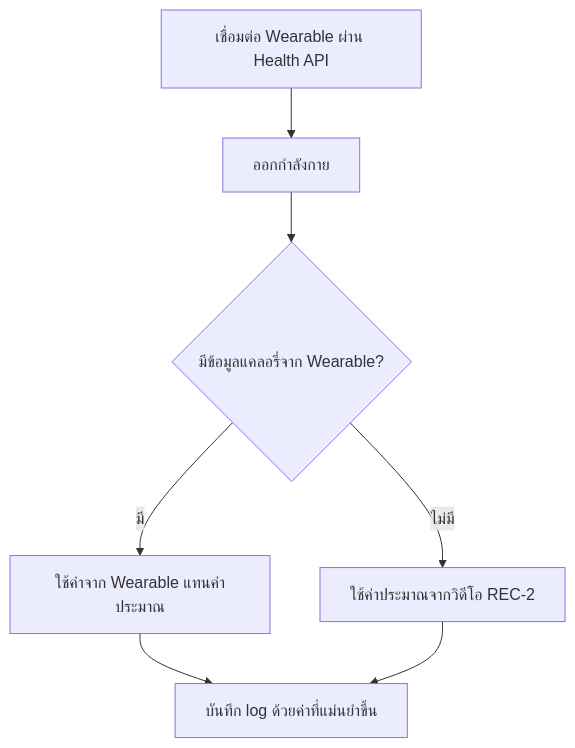
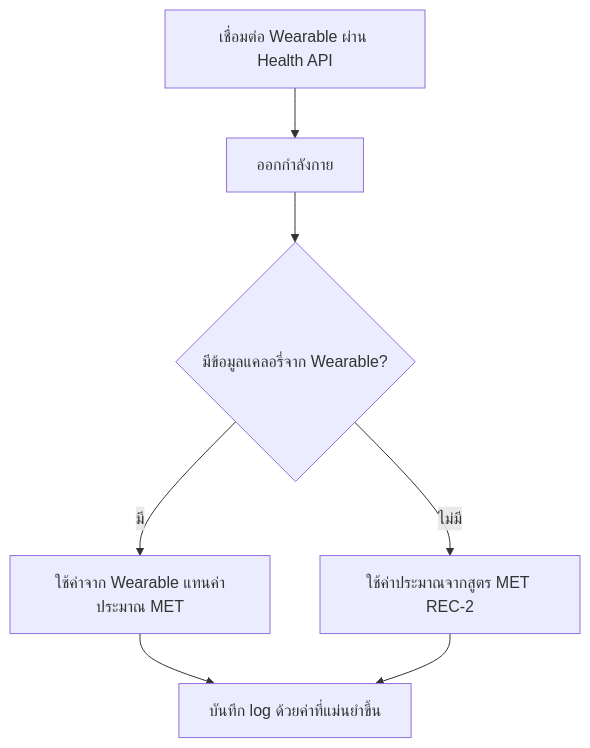
Before and after one commit to Kikofah/smartFit_daily: diagram 14 of 14 in docs/features/user-journeys.md, drawn with Mermaid. The commit also changed other lines of this file and 6 other files, not shown here.

````diff
--- a/docs/features/user-journeys.md
+++ b/docs/features/user-journeys.md
@@ -405,9 +478,9 @@
 ```mermaid
 flowchart TD
     A[เชื่อมต่อ Wearable ผ่าน Health API] --> B[ออกกำลังกาย]
     B --> C{มีข้อมูลแคลอรี่จาก Wearable?}
-    C -- มี --> D[ใช้ค่าจาก Wearable แทนค่าประมาณ]
-    C -- ไม่มี --> E[ใช้ค่าประมาณจากวิดีโอ REC-2]
+    C -- มี --> D[ใช้ค่าจาก Wearable แทนค่าประมาณ MET]
+    C -- ไม่มี --> E[ใช้ค่าประมาณจากสูตร MET REC-2]
     D --> F[บันทึก log ด้วยค่าที่แม่นยำขึ้น]
     E --> F
 ```
````
